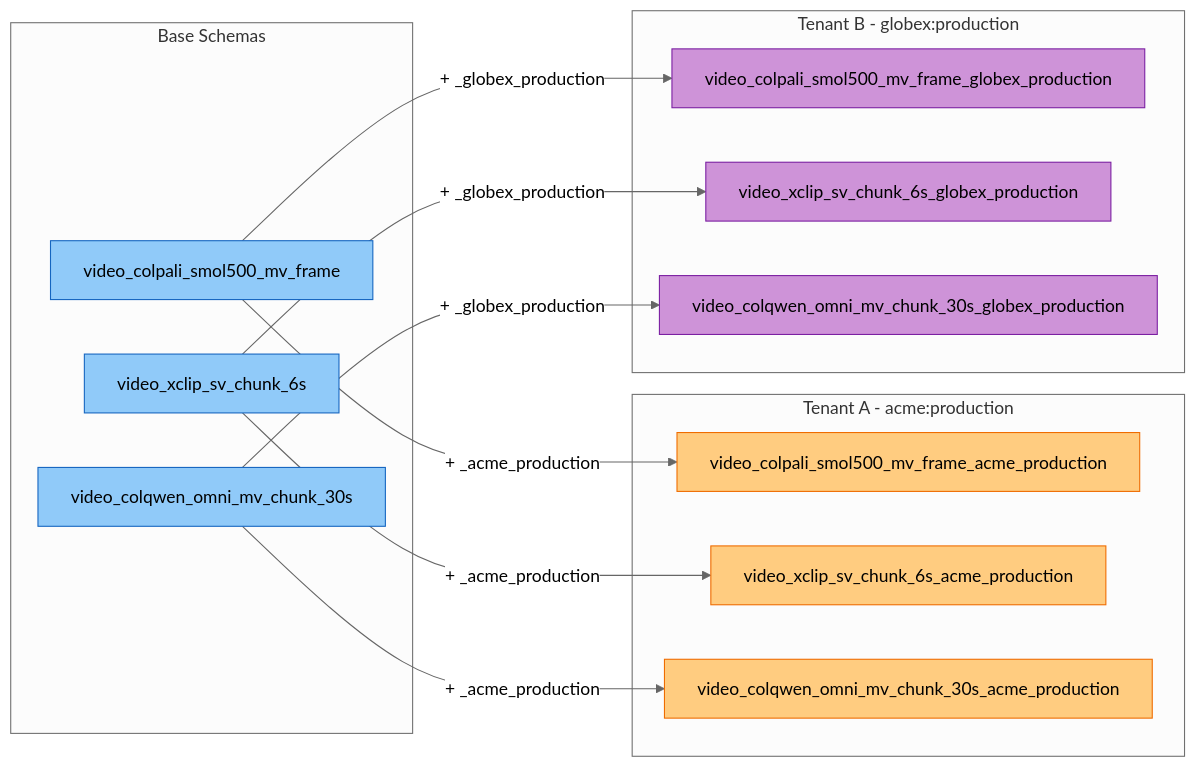
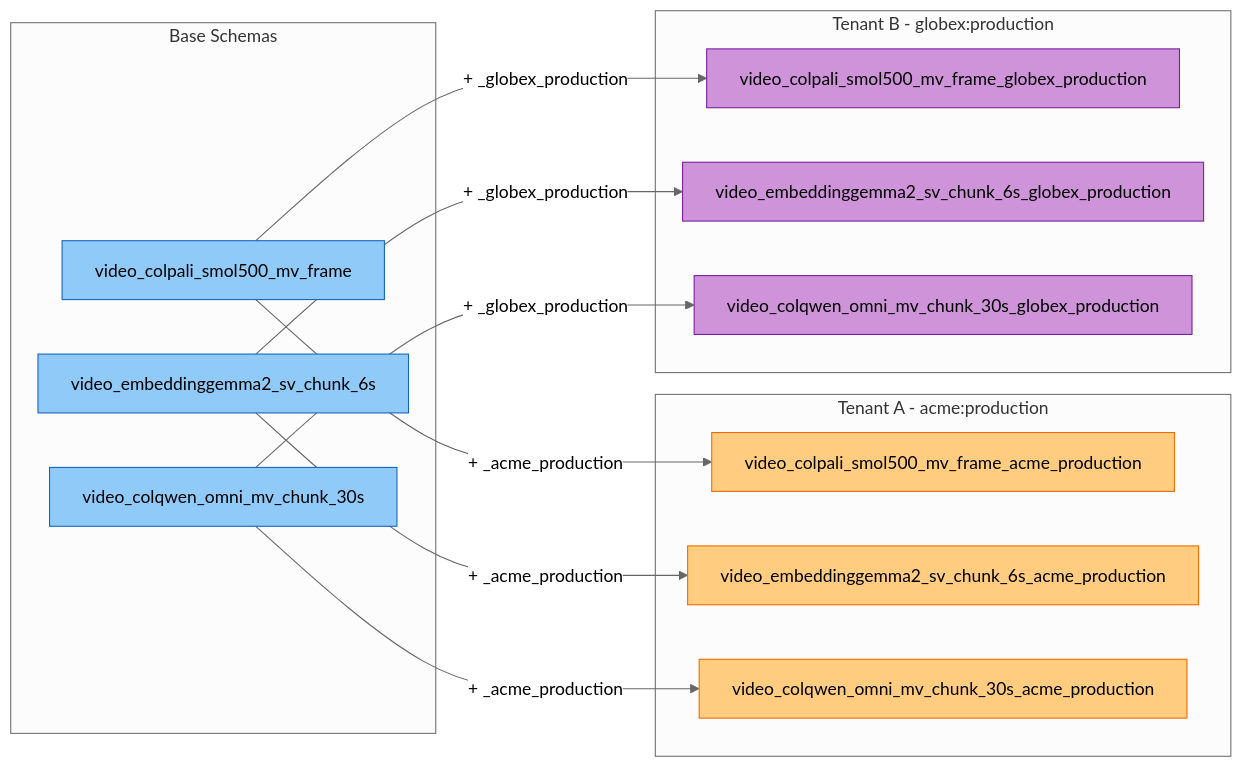
Before and after one commit to amit-jain/cogniverse: the third of 21 diagrams in docs/diagrams/multi-tenant-diagrams.md, drawn with Mermaid (neutral theme). The commit also changed other lines of this file and 161 other files, not shown here.

````diff
--- a/docs/diagrams/multi-tenant-diagrams.md
+++ b/docs/diagrams/multi-tenant-diagrams.md
@@ -162,38 +162,38 @@
 ```mermaid
 flowchart LR
     subgraph "Base Schemas"
         ColPali["<span style='color:#000'>video_colpali_smol500_mv_frame</span>"]
-        X-CLIP["<span style='color:#000'>video_xclip_sv_chunk_6s</span>"]
+        EG2["<span style='color:#000'>video_embeddinggemma2_sv_chunk_6s</span>"]
         ColQwen["<span style='color:#000'>video_colqwen_omni_mv_chunk_30s</span>"]
     end
 
     subgraph "Tenant A - acme:production"
         ColPaliA["<span style='color:#000'>video_colpali_smol500_mv_frame_acme_production</span>"]
-        X-CLIPA["<span style='color:#000'>video_xclip_sv_chunk_6s_acme_production</span>"]
+        EG2A["<span style='color:#000'>video_embeddinggemma2_sv_chunk_6s_acme_production</span>"]
         ColQwenA["<span style='color:#000'>video_colqwen_omni_mv_chunk_30s_acme_production</span>"]
     end
 
     subgraph "Tenant B - globex:production"
         ColPaliB["<span style='color:#000'>video_colpali_smol500_mv_frame_globex_production</span>"]
-        X-CLIPB["<span style='color:#000'>video_xclip_sv_chunk_6s_globex_production</span>"]
+        EG2B["<span style='color:#000'>video_embeddinggemma2_sv_chunk_6s_globex_production</span>"]
         ColQwenB["<span style='color:#000'>video_colqwen_omni_mv_chunk_30s_globex_production</span>"]
     end
 
     ColPali -->|+ _acme_production| ColPaliA
-    X-CLIP -->|+ _acme_production| X-CLIPA
+    EG2 -->|+ _acme_production| EG2A
     ColQwen -->|+ _acme_production| ColQwenA
 
     ColPali -->|+ _globex_production| ColPaliB
-    X-CLIP -->|+ _globex_production| X-CLIPB
+    EG2 -->|+ _globex_production| EG2B
     ColQwen -->|+ _globex_production| ColQwenB
 
     style ColPali fill:#90caf9,stroke:#1565c0,color:#000
-    style X-CLIP fill:#90caf9,stroke:#1565c0,color:#000
+    style EG2 fill:#90caf9,stroke:#1565c0,color:#000
     style ColQwen fill:#90caf9,stroke:#1565c0,color:#000
     style ColPaliA fill:#ffcc80,stroke:#ef6c00,color:#000
-    style X-CLIPA fill:#ffcc80,stroke:#ef6c00,color:#000
+    style EG2A fill:#ffcc80,stroke:#ef6c00,color:#000
     style ColQwenA fill:#ffcc80,stroke:#ef6c00,color:#000
     style ColPaliB fill:#ce93d8,stroke:#7b1fa2,color:#000
-    style X-CLIPB fill:#ce93d8,stroke:#7b1fa2,color:#000
+    style EG2B fill:#ce93d8,stroke:#7b1fa2,color:#000
     style ColQwenB fill:#ce93d8,stroke:#7b1fa2,color:#000
 ```
````
